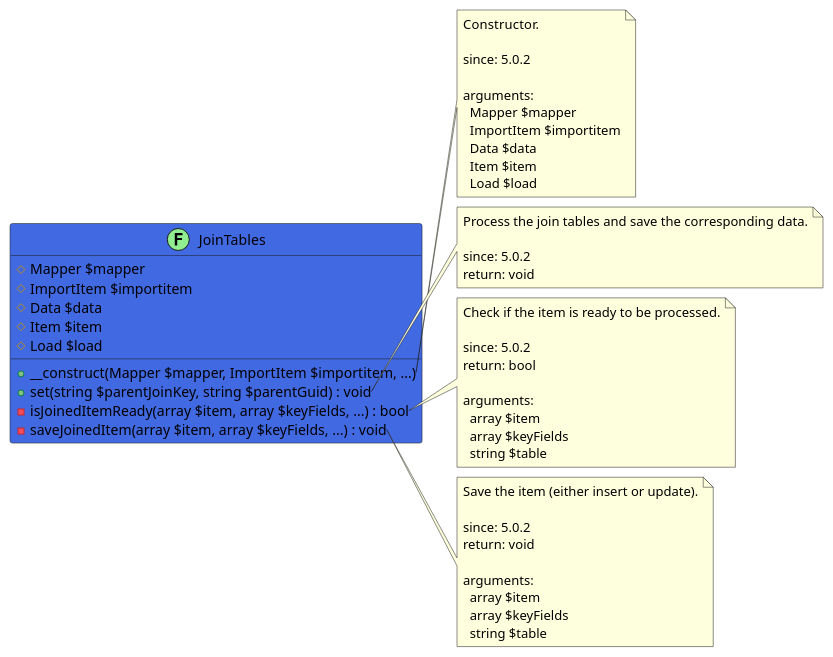
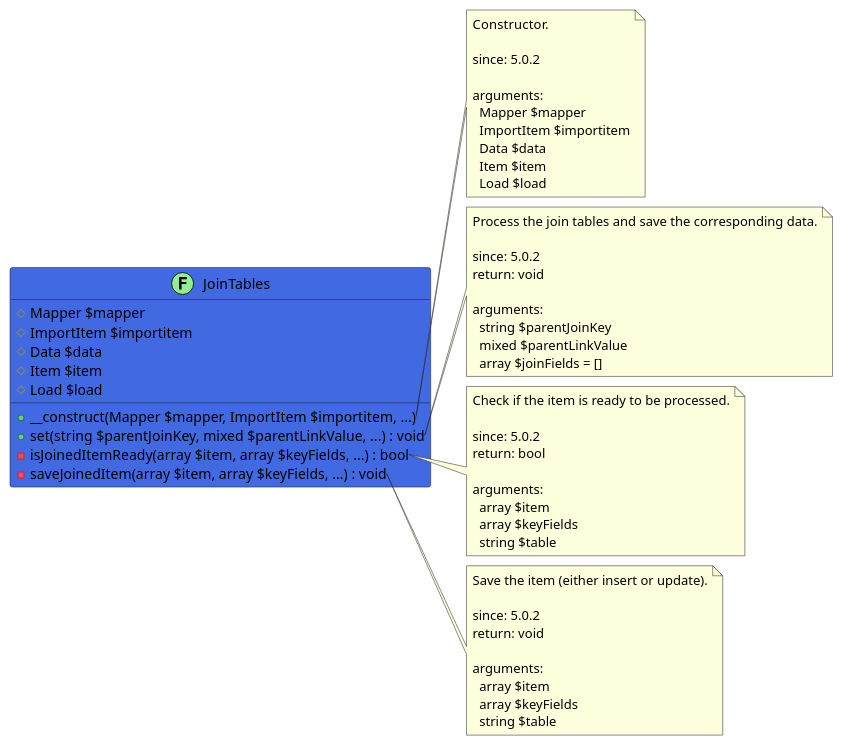
The diagram in src/db00768d-c7a6-421d-8f39-577550ddf792/README.md (joomengine/super-powers), drawn with PlantUML before and after one commit. The commit also changed 36 other files, not shown here.

````diff
--- a/src/db00768d-c7a6-421d-8f39-577550ddf792/README.md
+++ b/src/db00768d-c7a6-421d-8f39-577550ddf792/README.md
@@ -5,61 +5,66 @@
 ```uml
 @startuml
 
 class JoinTables << (F,LightGreen) >> #RoyalBlue {
   # Mapper $mapper
   # ImportItem $importitem
   # Data $data
   # Item $item
   # Load $load
   + __construct(Mapper $mapper, ImportItem $importitem, ...)
-  + set(string $parentJoinKey, string $parentGuid) : void
+  + set(string $parentJoinKey, mixed $parentLinkValue, ...) : void
   - isJoinedItemReady(array $item, array $keyFields, ...) : bool
   - saveJoinedItem(array $item, array $keyFields, ...) : void
 }
 
 note right of JoinTables::__construct
   Constructor.
 
   since: 5.0.2
   
   arguments:
     Mapper $mapper
     ImportItem $importitem
     Data $data
     Item $item
     Load $load
 end note
 
 note right of JoinTables::set
   Process the join tables and save the corresponding data.
 
   since: 5.0.2
   return: void
+  
+  arguments:
+    string $parentJoinKey
+    mixed $parentLinkValue
+    array $joinFields = []
 end note
 
 note right of JoinTables::isJoinedItemReady
   Check if the item is ready to be processed.
 
   since: 5.0.2
   return: bool
   
   arguments:
     array $item
     array $keyFields
     string $table
 end note
 
 note right of JoinTables::saveJoinedItem
   Save the item (either insert or update).
 
   since: 5.0.2
   return: void
   
   arguments:
     array $item
     array $keyFields
     string $table
 end note
 
 @enduml
 ```
````
